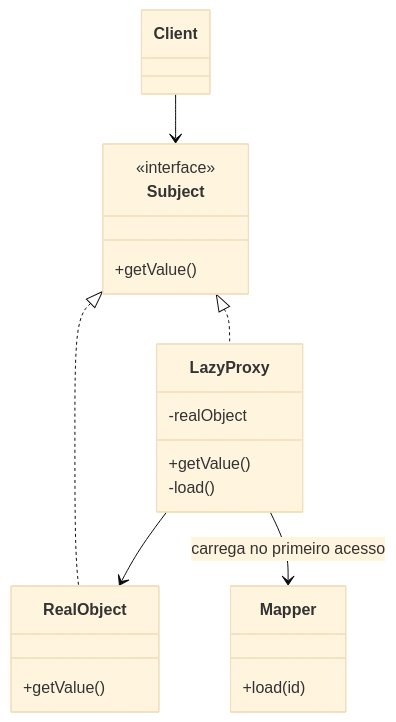
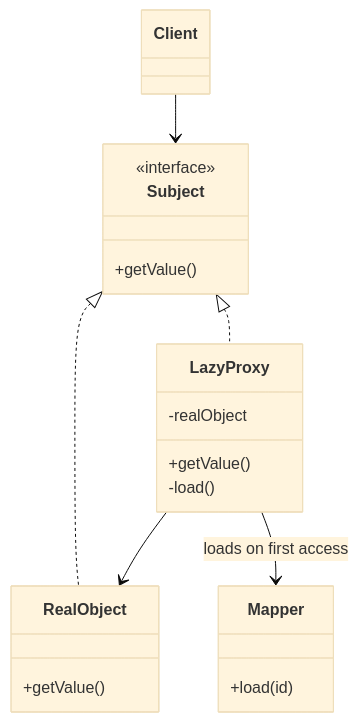
One commit to alancesar/design-patterns changed the diagram in docs/application/poeaa/object-relational-behavioral/lazy-load.md. Above: the diagram before and after it, drawn with Mermaid (base theme). The commit also changed 258 other files, not shown here.

First line of the commit message:
Translate Mermaid diagrams to English

````diff
--- a/docs/application/poeaa/object-relational-behavioral/lazy-load.md
+++ b/docs/application/poeaa/object-relational-behavioral/lazy-load.md
@@ -56,24 +56,24 @@
 ```mermaid
 classDiagram
     class Client
     class Subject {
         <<interface>>
         +getValue()
     }
     class RealObject {
         +getValue()
     }
     class LazyProxy {
         -realObject
         +getValue()
         -load()
     }
     class Mapper {
         +load(id)
     }
     Client --> Subject
     Subject <|.. RealObject
     Subject <|.. LazyProxy
-    LazyProxy --> Mapper : carrega no primeiro acesso
+    LazyProxy --> Mapper : loads on first access
     LazyProxy --> RealObject
 ```
````
